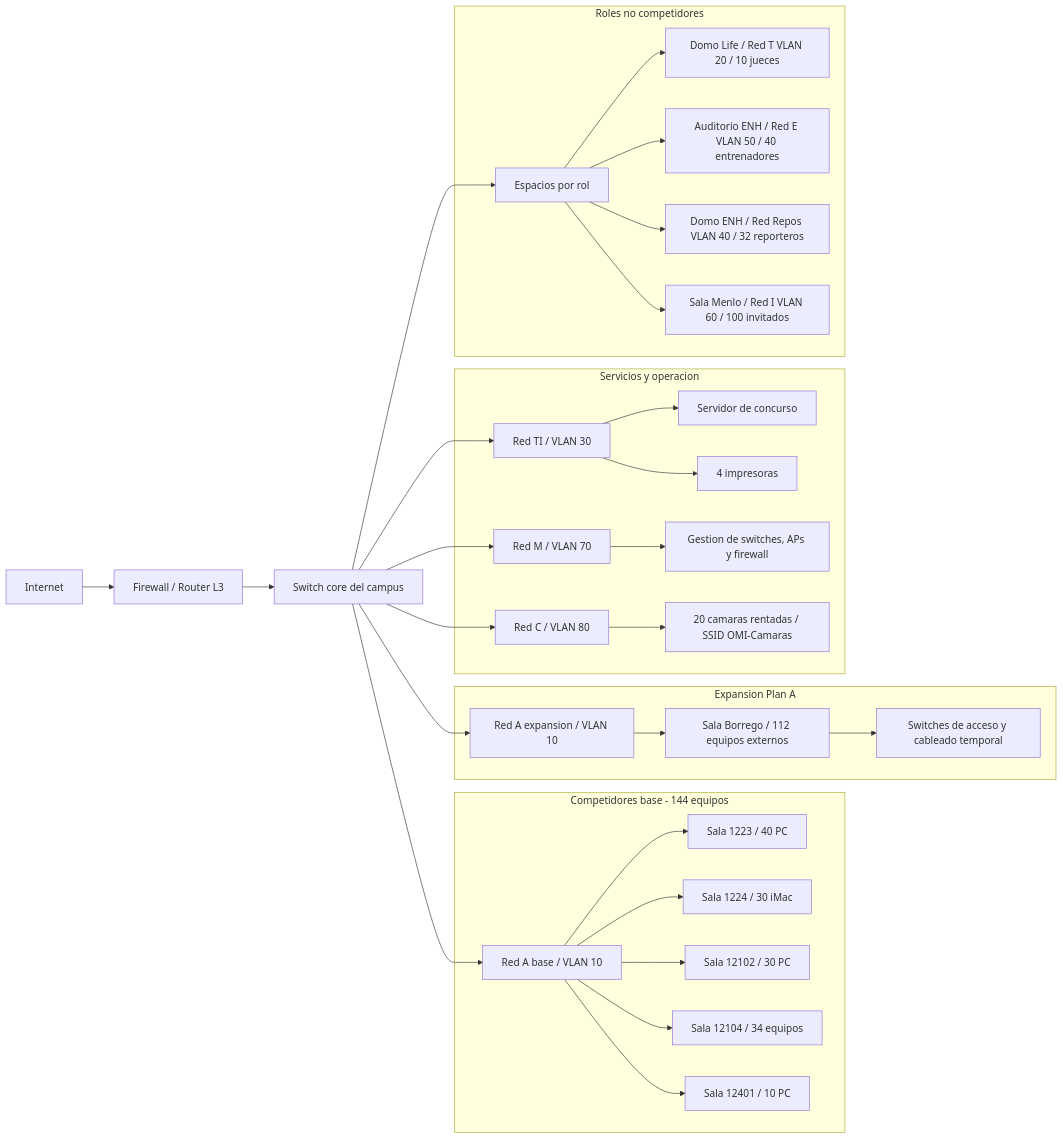
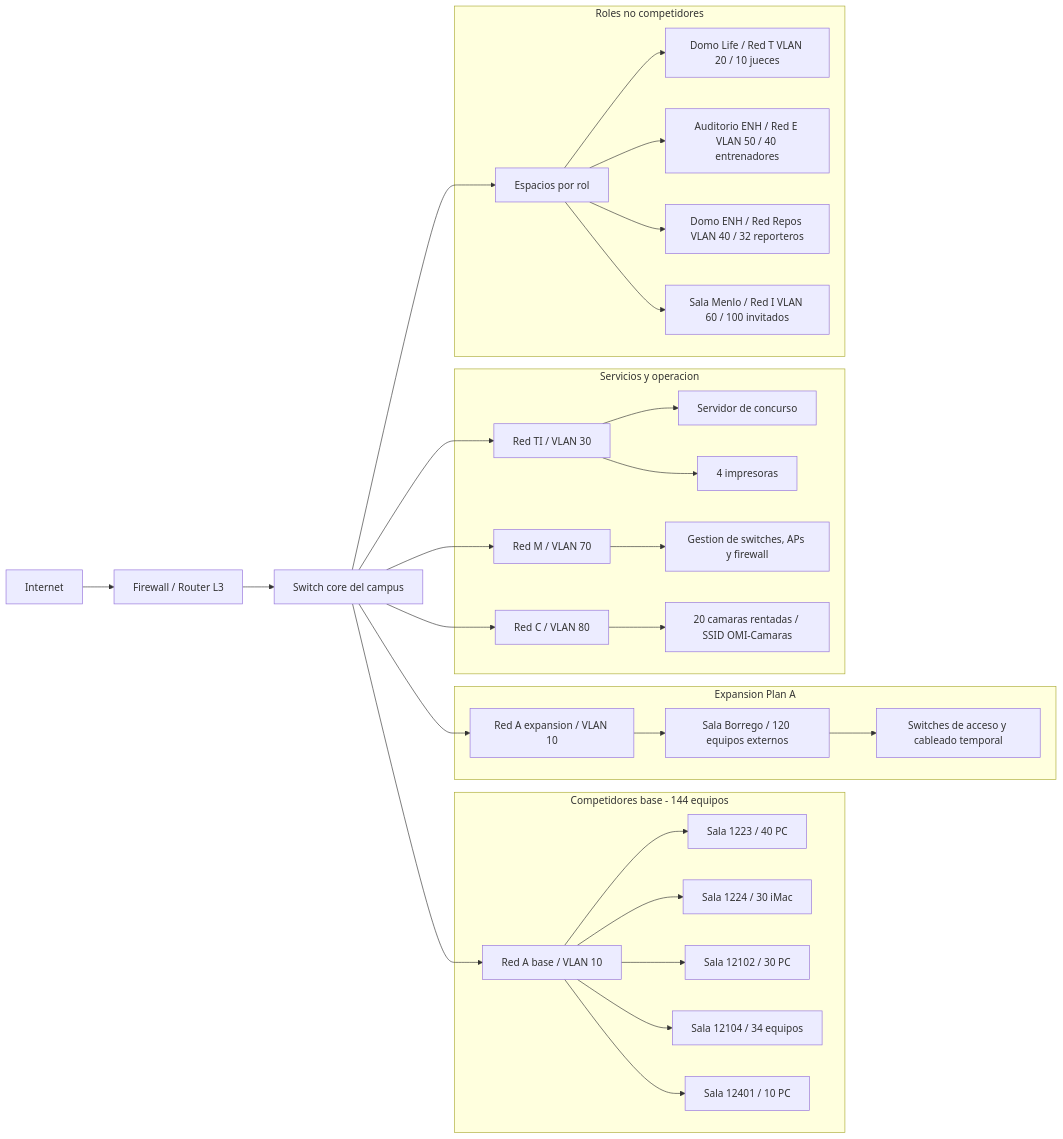
One commit to Alanzphy/networking_project changed the first of 2 diagrams in docs/entregables/ActReto01-bosquejos-red.md. Above: the diagram before and after it, drawn with Mermaid. The commit also changed other lines of this file and 1 other file, not shown here.

Commit message:
feat: Update external equipment capacity to 120 for both Plan A and Plan B in network infrastructure documentation

````diff
--- a/docs/entregables/ActReto01-bosquejos-red.md
+++ b/docs/entregables/ActReto01-bosquejos-red.md
@@ -7,39 +7,39 @@
 ```mermaid
 flowchart LR
     internet[Internet] --> firewall[Firewall / Router L3]
     firewall --> core[Switch core del campus]
 
     core --> redABase[Red A base / VLAN 10]
     core --> redAExpansion[Red A expansion / VLAN 10]
     core --> roles[Espacios por rol]
     core --> redTI[Red TI / VLAN 30]
     core --> redM[Red M / VLAN 70]
     core --> redC[Red C / VLAN 80]
 
     subgraph base["Competidores base - 144 equipos"]
         redABase --> s1223[Sala 1223 / 40 PC]
         redABase --> s1224[Sala 1224 / 30 iMac]
         redABase --> s12102[Sala 12102 / 30 PC]
         redABase --> s12104[Sala 12104 / 34 equipos]
         redABase --> s12401[Sala 12401 / 10 PC]
     end
 
     subgraph expansionA["Expansion Plan A"]
-        redAExpansion --> borrego[Sala Borrego / 112 equipos externos]
+        redAExpansion --> borrego[Sala Borrego / 120 equipos externos]
         borrego --> swBorrego[Switches de acceso y cableado temporal]
     end
 
     subgraph servicios["Servicios y operacion"]
         redTI --> servidor[Servidor de concurso]
         redTI --> impresoras[4 impresoras]
         redM --> gestion[Gestion de switches, APs y firewall]
         redC --> camaras[20 camaras rentadas / SSID OMI-Camaras]
     end
 
     subgraph espacios["Roles no competidores"]
         roles --> jueces[Domo Life / Red T VLAN 20 / 10 jueces]
         roles --> entrenadores[Auditorio ENH / Red E VLAN 50 / 40 entrenadores]
         roles --> reporteros[Domo ENH / Red Repos VLAN 40 / 32 reporteros]
         roles --> invitados[Sala Menlo / Red I VLAN 60 / 100 invitados]
     end
 ```
````
